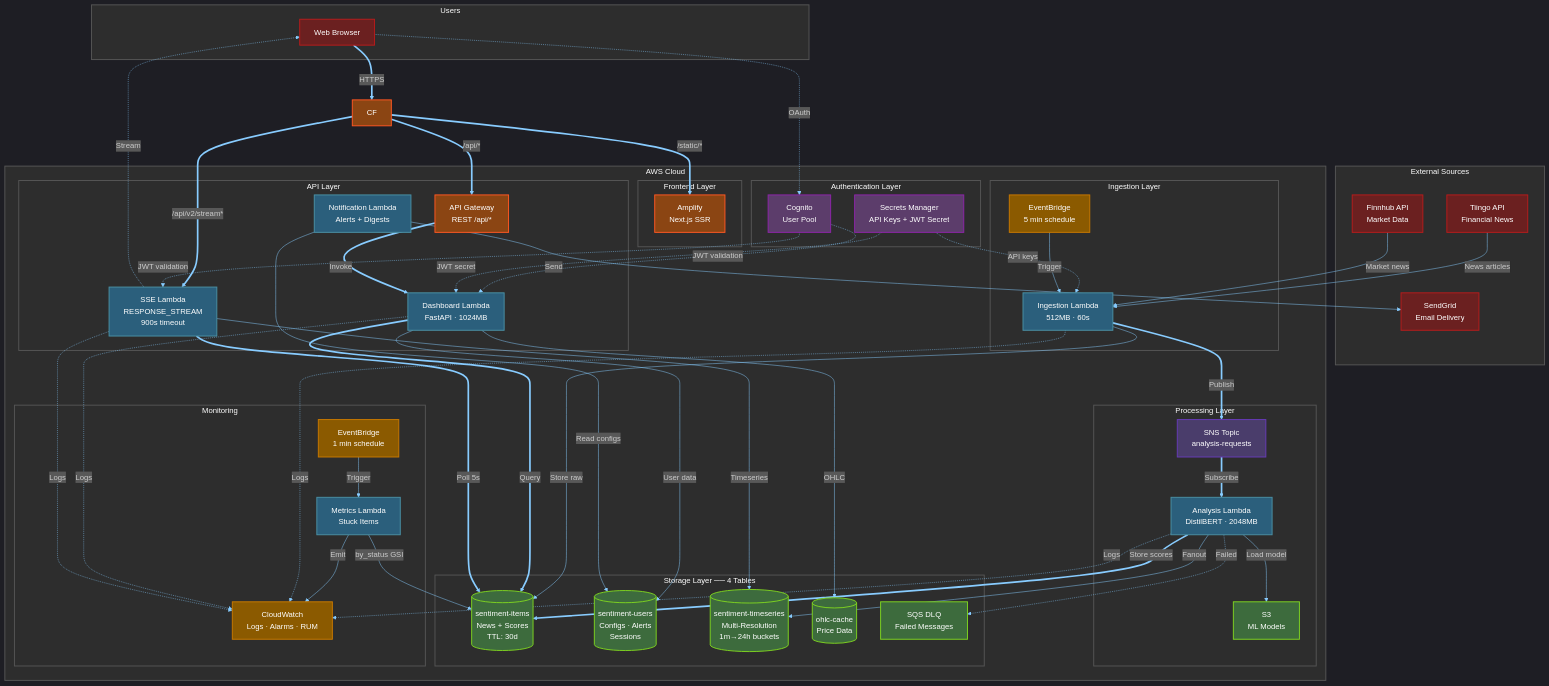
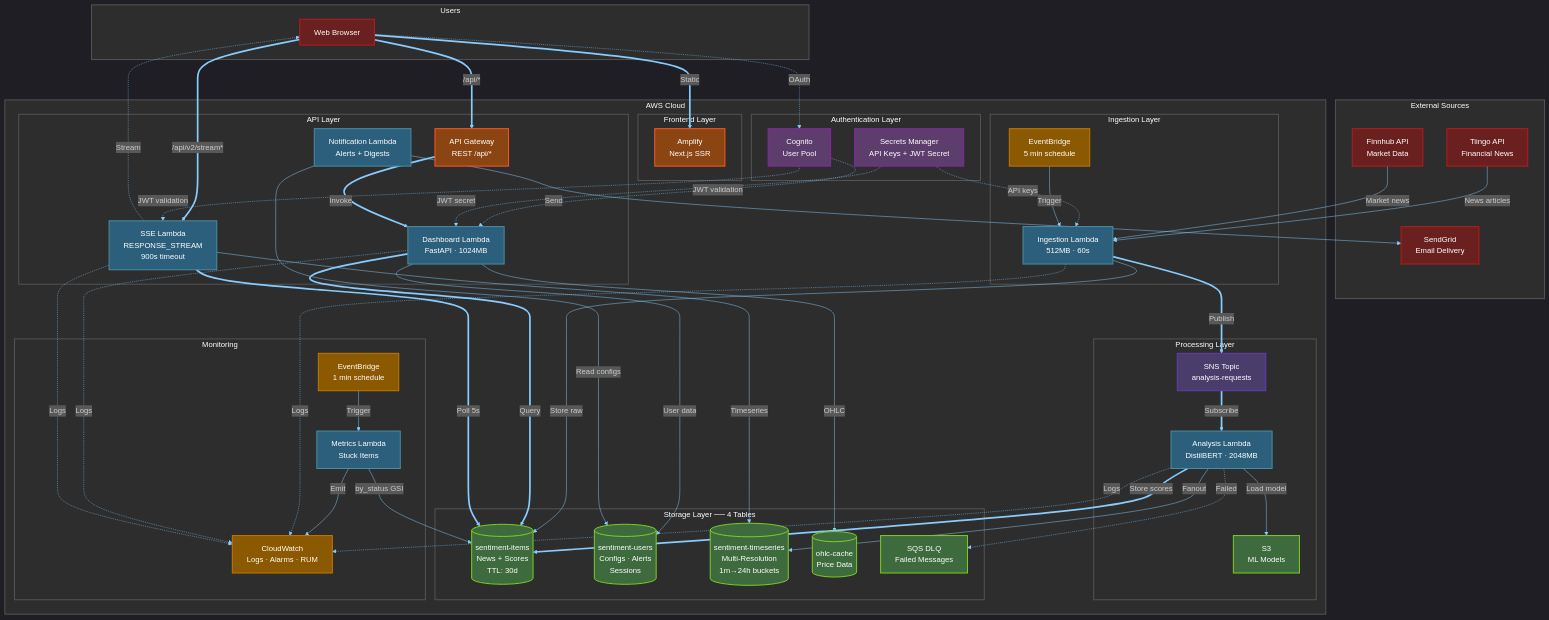
One commit to traylorre/sentiment-analyzer-gsk changed the second of 5 diagrams in README.md. Above: the diagram before and after it, drawn with Mermaid. The commit also changed other lines of this file and 11 other files, not shown here.

First line of the commit message:
feat(1215): Fix architecture diagram inconsistencies

````diff
--- a/README.md
+++ b/README.md
@@ -244,12 +244,11 @@
         end
     end
 
-    %% User flows - thicker lines for primary paths
-    Browser ==>|HTTPS| CF
+    %% User flows - thicker lines for primary paths (direct to Amplify/Lambda Function URLs)
+    Browser ==>|Static| Amplify
+    Browser ==>|/api/*| APIGW
+    Browser ==>|/api/v2/stream*| SSELambda
     Browser -.->|OAuth| Cognito
-    CF ==>|/static/*| Amplify
-    CF ==>|/api/*| APIGW
-    CF ==>|/api/v2/stream*| SSELambda
 
     %% Auth flows
     Cognito -.->|JWT validation| Dashboard
@@ -311,6 +310,6 @@
     class SNS messagingStyle
     class CW,EBMetrics,EB monitoringStyle
     class Tiingo,Finnhub,SendGrid,Browser externalStyle
-    class CF,Amplify,APIGW edgeStyle
+    class Amplify,APIGW edgeStyle
     class Cognito,Secrets authStyle
 ```
````
